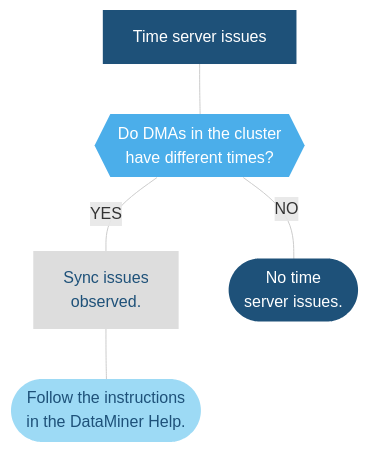
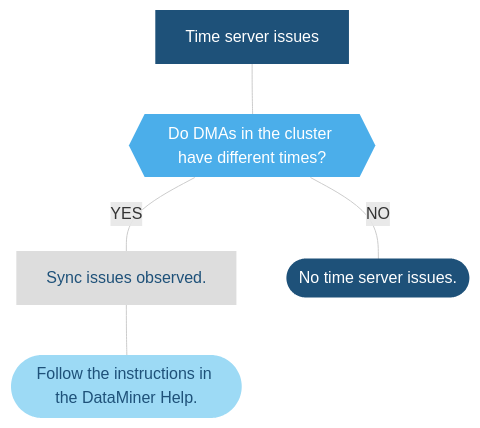
Before and after one commit to SkylineCommunications/dataminer-docs: the third of 4 diagrams in user-guide/Troubleshooting/Troubleshooting_Flowcharts/Troubleshooting_Process_Identification/Communication_processes/SLDMS/SLDMS_Frequent_Issues.md, drawn with Mermaid. The commit also changed other lines of this file and 21 other files, not shown here.

````diff
--- a/user-guide/Troubleshooting/Troubleshooting_Flowcharts/Troubleshooting_Process_Identification/Communication_processes/SLDMS/SLDMS_Frequent_Issues.md
+++ b/user-guide/Troubleshooting/Troubleshooting_Flowcharts/Troubleshooting_Process_Identification/Communication_processes/SLDMS/SLDMS_Frequent_Issues.md
@@ -83,32 +83,32 @@
 ```mermaid
 flowchart TD
 %% Define styles %%
 linkStyle default stroke:#cccccc
 classDef LightBlue fill:#9DDAF5,stroke:#000070,stroke-width:0px, color:#1E5179;
 classDef Blue fill:#4BAEEA,stroke:#000070,stroke-width:0px, color:#FFFFFF;
 classDef DarkBlue fill:#1E5179,stroke:#000070,stroke-width:0px, color:#FFFFFF;
 classDef DarkGray fill:#58595B,stroke:#000070,stroke-width:0px, color:#FFFFFF;
 classDef Gray fill:#999999,stroke:#000070,stroke-width:0px, color:#FFFFFF;
 classDef LightGray fill:#DDDDDD,stroke:#000070,stroke-width:0px, color:#1E5179;
 %% Define blocks %%
 TSI[Time server issues]
-TSI1{{Do DMAs in the cluster <br/>have different times?}}
-Y4["Sync issues <br>observed."]
-N4(["No time <br>server issues."])
-R(["Follow the instructions<br>in the DataMiner Help."])
+TSI1{{Do DMAs in the cluster have different times?}}
+Y4["Sync issues observed."]
+N4(["No time server issues."])
+R(["Follow the instructions in the DataMiner Help."])
 %% Connect blocks %%
 TSI --- TSI1
 TSI1 --- |YES| Y4
 TSI1 --- |NO| N4
 Y4 --- R
 %% Define hyperlinks %%
 click R "/user-guide/Reference/faq/General_configuration.html#time-server" "DataMiner Help"
 click TSI "#checking-for-time-server-issues"
 %% Apply styles to blocks %%
 class START,FNS,TSI,N4,N3,N1,N2,CI3 DarkBlue;
 class Check,C,TSI1,Y1,CI4,CI6,CI1 Blue;
 class Y4,CI7,CI2 LightGray;
 class Y3,Y2,CI9,CI5 DarkGray;
 class R,SSP,CI8 LightBlue;
 class CI Gray;
 ```
````
